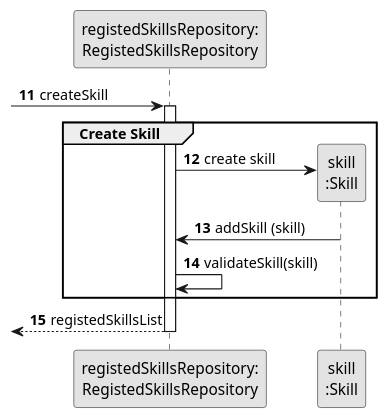
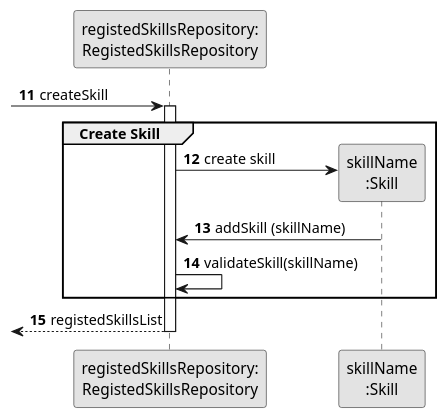
Before and after one commit to 1231360-ISEP/lei-24-s2-1db-g021: the diagram in docs/sprint2/us001/03.design/puml/us001-sequence-diagram-partial-create-skill.puml, drawn with PlantUML. The commit also changed 5 other files, not shown here.

Commit message:
Update US01 - Sequence Diagram and SVG

```diff
--- a/docs/sprint2/us001/03.design/puml/us001-sequence-diagram-partial-create-skill.puml
+++ b/docs/sprint2/us001/03.design/puml/us001-sequence-diagram-partial-create-skill.puml
@@ -1,27 +1,27 @@
 @startuml
 skinparam monochrome true
 skinparam packageStyle rectangle
 skinparam shadowing false
 
 participant "registedSkillsRepository:\nRegistedSkillsRepository" as RegistedSkillsRepository
-participant "skill\n:Skill" as TAREFA
+participant "skillName\n:Skill" as TAREFA
 
 autonumber 11
 -> RegistedSkillsRepository: createSkill
 
 activate RegistedSkillsRepository
     group Create Skill
 
         RegistedSkillsRepository -> TAREFA**: create skill
-        TAREFA -> RegistedSkillsRepository: addSkill (skill)
+        TAREFA -> RegistedSkillsRepository: addSkill (skillName)
 
-            RegistedSkillsRepository -> RegistedSkillsRepository: validateSkill(skill)
+            RegistedSkillsRepository -> RegistedSkillsRepository: validateSkill(skillName)
 
     end
 
     <-- RegistedSkillsRepository : registedSkillsList
 
 deactivate RegistedSkillsRepository
 
 
 @enduml
```
